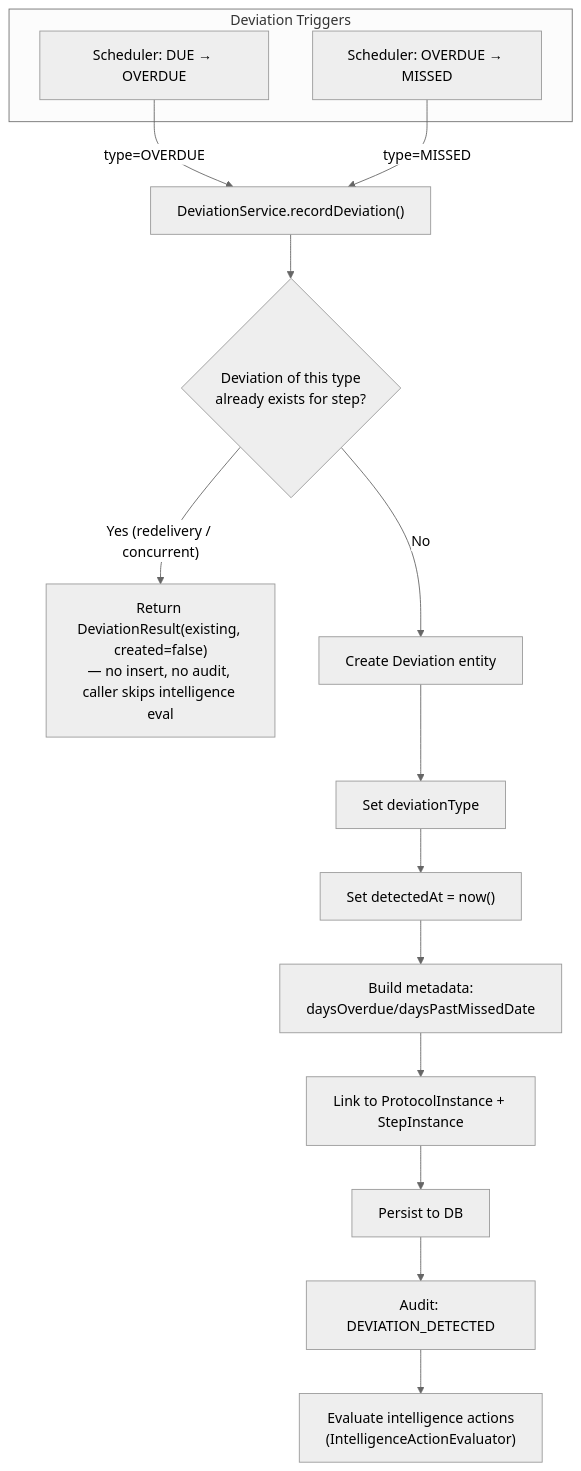
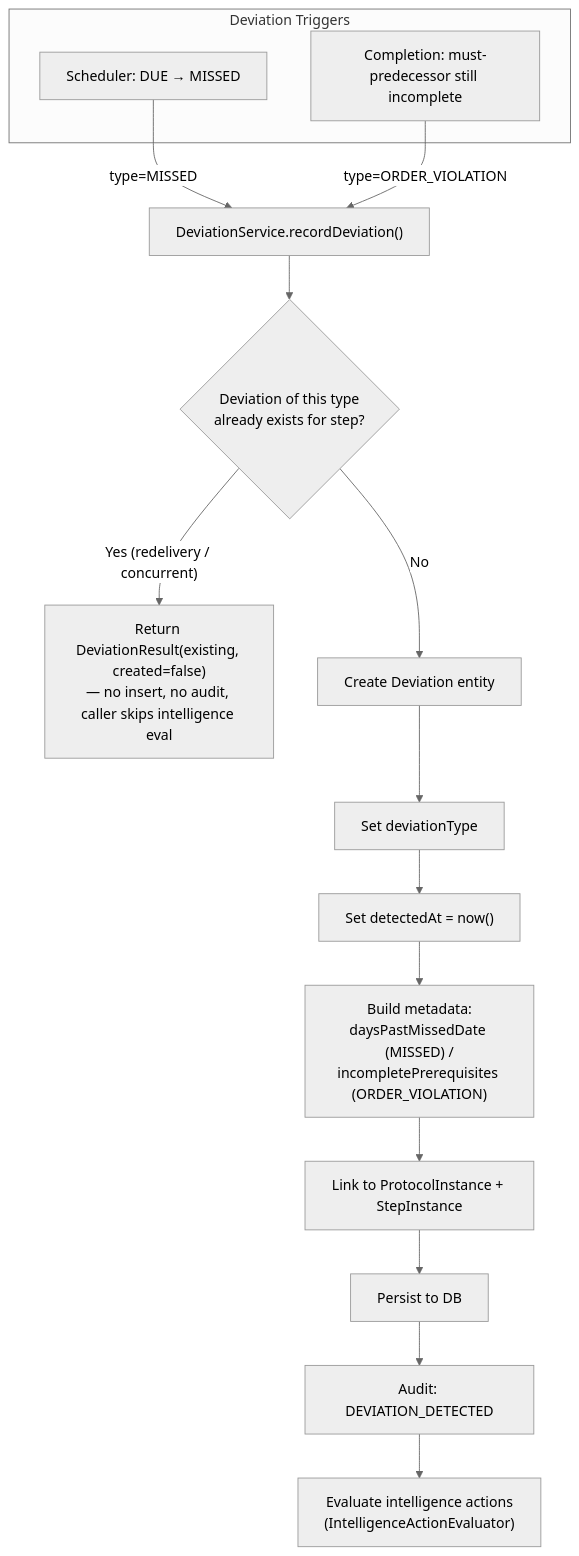
The fifth of 12 diagrams in docs/flow-diagrams.md (Jayaprakash8887/cce-compliance-service), drawn with Mermaid (neutral theme) before and after one commit. The commit also changed other lines of this file and 17 other files, not shown here.

````diff
--- a/docs/flow-diagrams.md
+++ b/docs/flow-diagrams.md
@@ -305,22 +302,22 @@
 ```mermaid
 flowchart TD
     subgraph "Deviation Triggers"
-        T1["Scheduler: DUE → OVERDUE"]
-        T2["Scheduler: OVERDUE → MISSED"]
+        T1["Scheduler: DUE → MISSED"]
+        T2["Completion: must-predecessor still incomplete"]
     end
 
-    T1 -->|"type=OVERDUE"| RD
-    T2 -->|"type=MISSED"| RD
+    T1 -->|"type=MISSED"| RD
+    T2 -->|"type=ORDER_VIOLATION"| RD
 
     RD["DeviationService.recordDeviation()"]
     RD --> DX{"Deviation of this type<br/>already exists for step?"}
     DX -->|"Yes (redelivery / concurrent)"| DXR["Return DeviationResult(existing, created=false)<br/>— no insert, no audit, caller skips intelligence eval"]
     DX -->|"No"| D1["Create Deviation entity"]
     D1 --> D2["Set deviationType"]
     D2 --> D3["Set detectedAt = now()"]
-    D3 --> D4["Build metadata:<br/>daysOverdue/daysPastMissedDate"]
+    D3 --> D4["Build metadata:<br/>daysPastMissedDate (MISSED) /<br/>incompletePrerequisites (ORDER_VIOLATION)"]
     D4 --> D5["Link to ProtocolInstance + StepInstance"]
     D5 --> D6["Persist to DB"]
     D6 --> D7["Audit: DEVIATION_DETECTED"]
     D7 --> D8["Evaluate intelligence actions<br/>(IntelligenceActionEvaluator)"]
 ```
````
